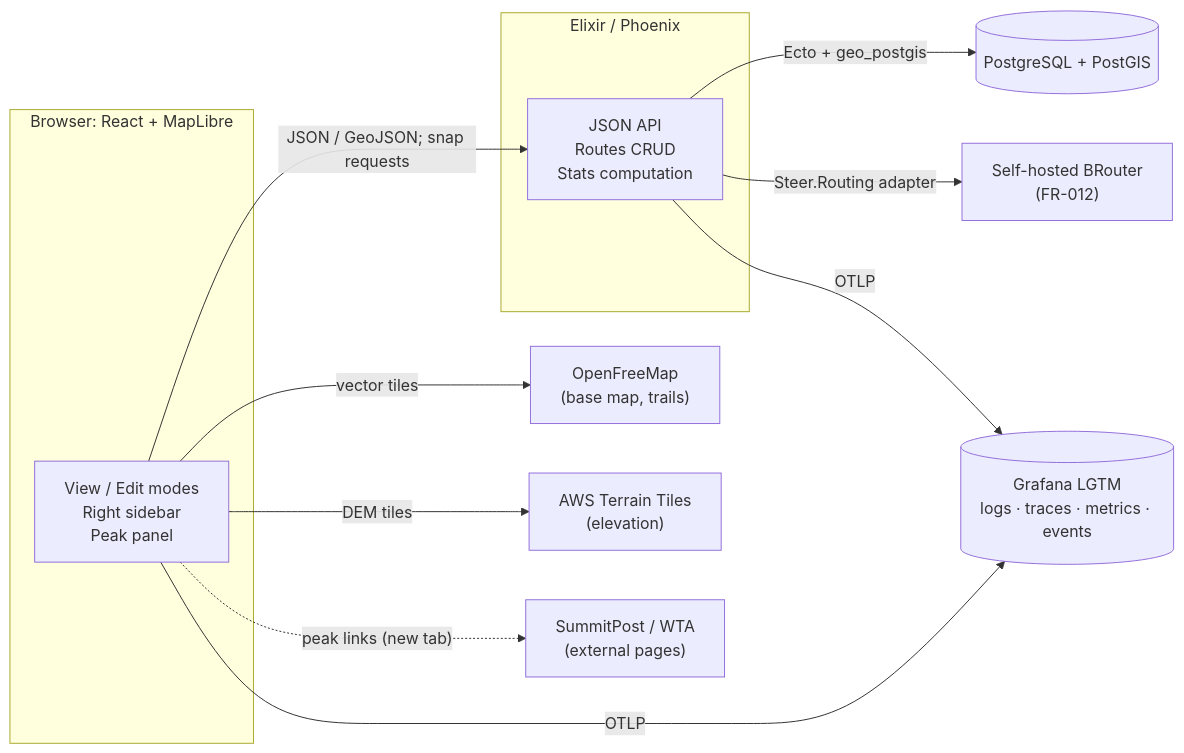
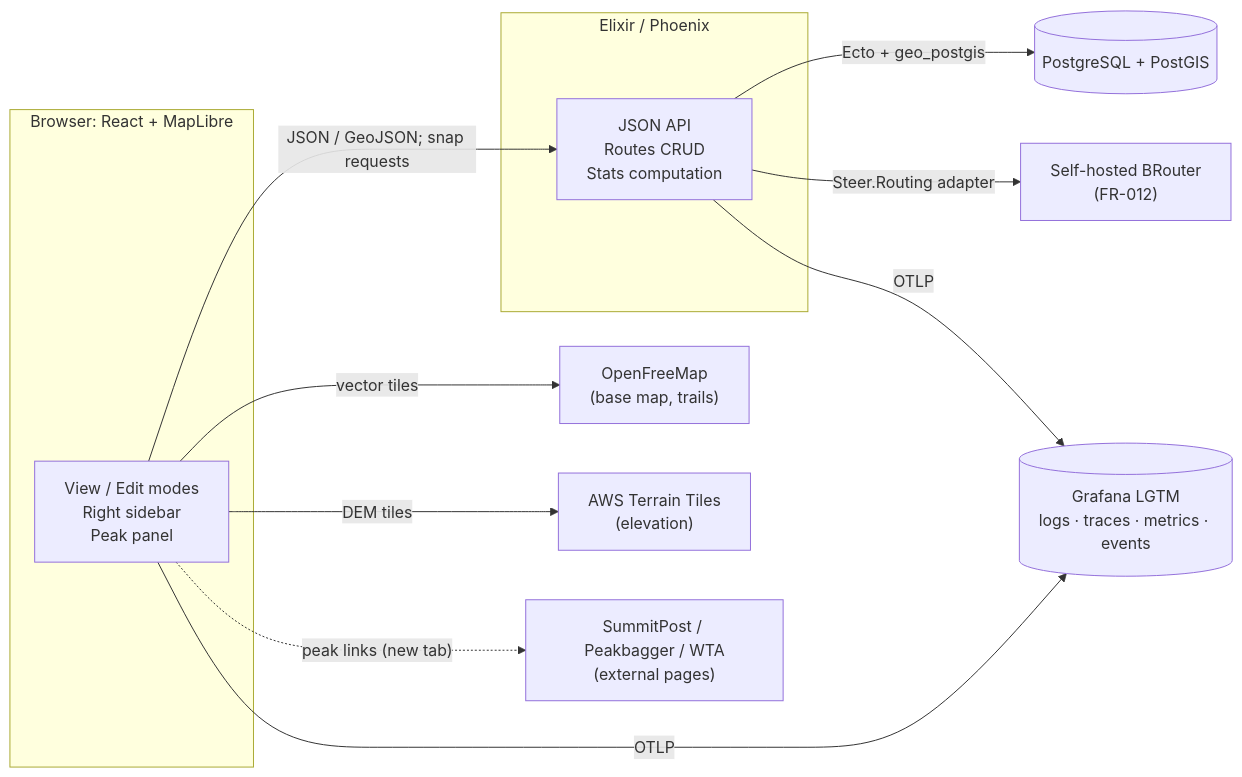
The diagram in SPEC.md (alecswift/steer), drawn with Mermaid before and after one commit. The commit also changed other lines of this file and 34 other files, not shown here.

````diff
--- a/SPEC.md
+++ b/SPEC.md
@@ -205,26 +207,26 @@
 ```mermaid
 flowchart LR
     subgraph Client["Browser: React + MapLibre"]
         UI["View / Edit modes<br/>Right sidebar<br/>Peak panel"]
     end
 
     subgraph Backend["Elixir / Phoenix"]
         API["JSON API<br/>Routes CRUD<br/>Stats computation"]
     end
 
     DB[("PostgreSQL + PostGIS")]
     Tiles["OpenFreeMap<br/>(base map, trails)"]
     DEM["AWS Terrain Tiles<br/>(elevation)"]
     Router["Self-hosted BRouter<br/>(FR-012)"]
-    Sites["SummitPost / WTA<br/>(external pages)"]
+    Sites["SummitPost / Peakbagger / WTA<br/>(external pages)"]
     Telemetry[("Grafana LGTM<br/>logs · traces · metrics · events")]
 
     UI -- "JSON / GeoJSON; snap requests" --> API
     API -- "Ecto + geo_postgis" --> DB
     UI -- "vector tiles" --> Tiles
     UI -- "DEM tiles" --> DEM
     API -- "Steer.Routing adapter" --> Router
     UI -. "peak links (new tab)" .-> Sites
     UI -- "OTLP" --> Telemetry
     API -- "OTLP" --> Telemetry
 ```
````
